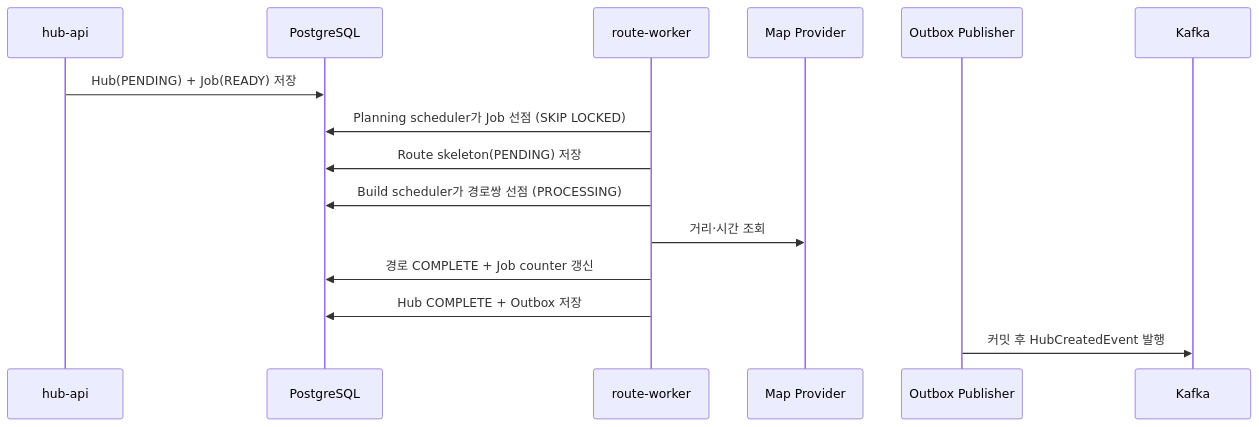
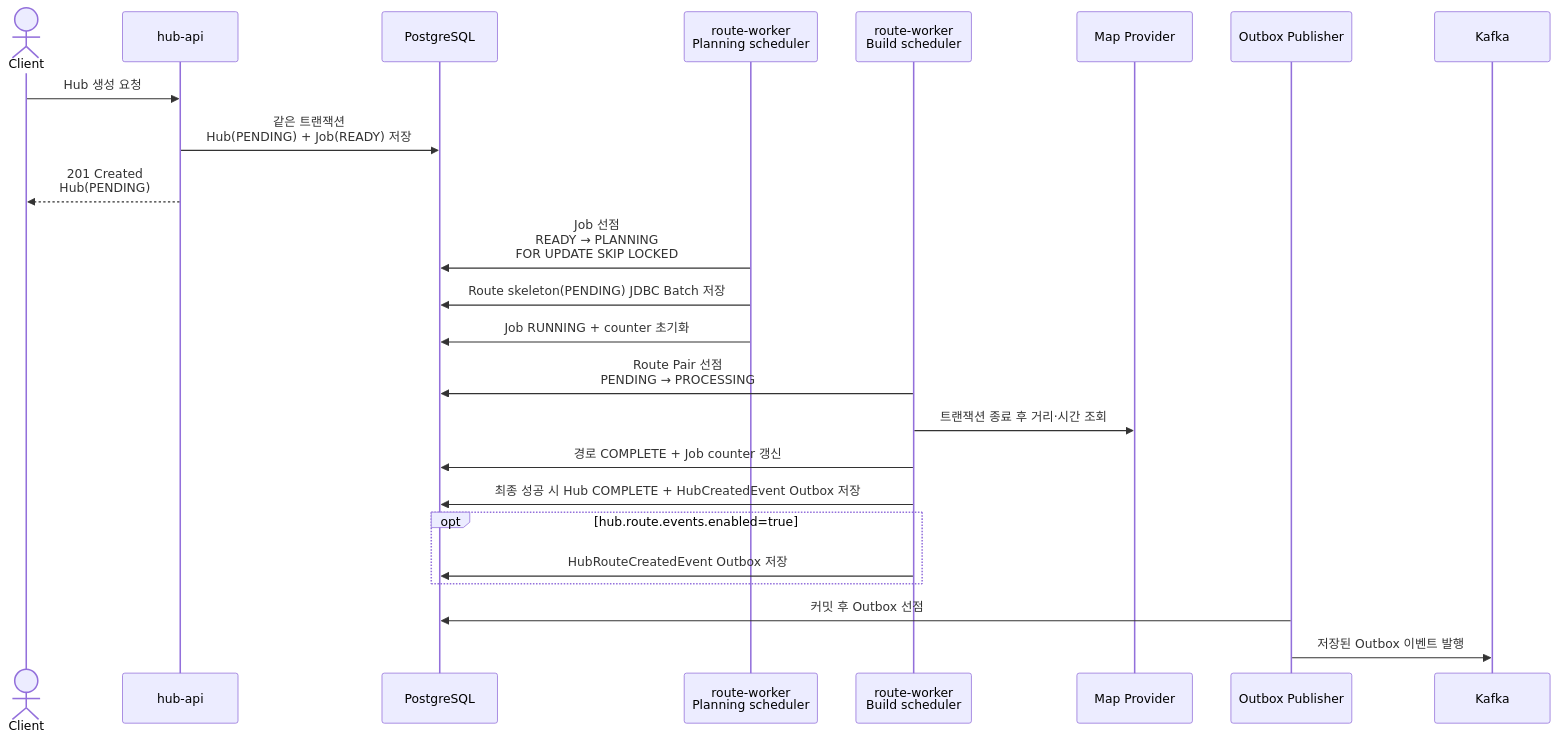
Before and after one commit to jumun-personal/hub: the first of 7 diagrams in docs/hub-route-job-pipeline.md, drawn with Mermaid. The commit also changed other lines of this file and 2 other files, not shown here.

Commit message:
docs(hub-route): 문서 갱신

````diff
--- a/docs/hub-route-job-pipeline.md
+++ b/docs/hub-route-job-pipeline.md
@@ -11,18 +11,27 @@
 ```mermaid
 sequenceDiagram
+    actor Client
     participant API as hub-api
     participant DB as PostgreSQL
-    participant Worker as route-worker
+    participant Planner as route-worker<br/>Planning scheduler
+    participant Builder as route-worker<br/>Build scheduler
     participant Map as Map Provider
     participant Publisher as Outbox Publisher
     participant Kafka
 
-    API->>DB: Hub(PENDING) + Job(READY) 저장
-    Worker->>DB: Planning scheduler가 Job 선점 (SKIP LOCKED)
-    Worker->>DB: Route skeleton(PENDING) 저장
-    Worker->>DB: Build scheduler가 경로쌍 선점 (PROCESSING)
-    Worker->>Map: 거리·시간 조회
-    Worker->>DB: 경로 COMPLETE + Job counter 갱신
-    Worker->>DB: Hub COMPLETE + Outbox 저장
-    Publisher->>Kafka: 커밋 후 HubCreatedEvent 발행
+    Client->>API: Hub 생성 요청
+    API->>DB: 같은 트랜잭션<br/>Hub(PENDING) + Job(READY) 저장
+    API-->>Client: 201 Created<br/>Hub(PENDING)
+    Planner->>DB: Job 선점<br/>READY → PLANNING<br/>FOR UPDATE SKIP LOCKED
+    Planner->>DB: Route skeleton(PENDING) JDBC Batch 저장
+    Planner->>DB: Job RUNNING + counter 초기화
+    Builder->>DB: Route Pair 선점<br/>PENDING → PROCESSING
+    Builder->>Map: 트랜잭션 종료 후 거리·시간 조회
+    Builder->>DB: 경로 COMPLETE + Job counter 갱신
+    Builder->>DB: 최종 성공 시 Hub COMPLETE + HubCreatedEvent Outbox 저장
+    opt hub.route.events.enabled=true
+        Builder->>DB: HubRouteCreatedEvent Outbox 저장
+    end
+    Publisher->>DB: 커밋 후 Outbox 선점
+    Publisher->>Kafka: 저장된 Outbox 이벤트 발행
 ```
````
